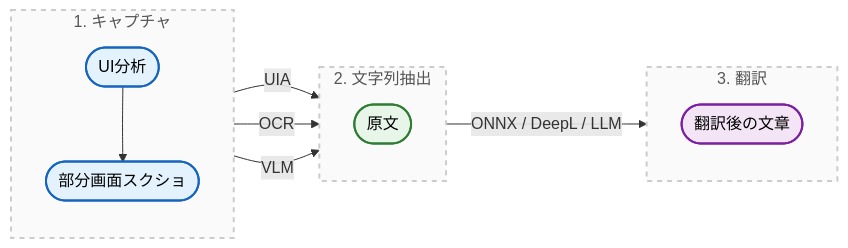
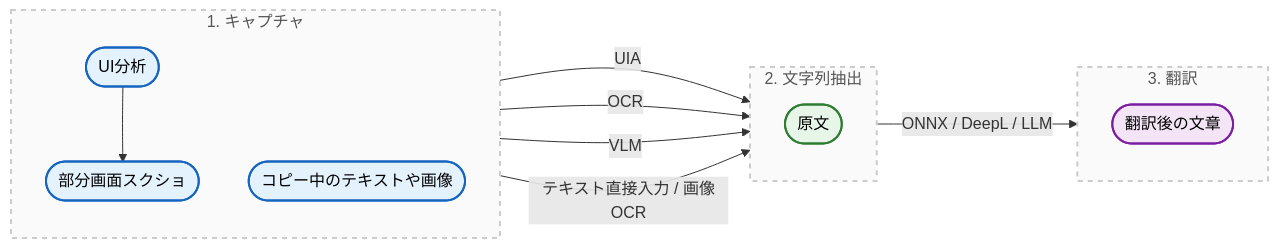
One commit to KotorinChunChun/FocusTranslator changed the first of 2 diagrams in README.md. Above: the diagram before and after it, drawn with Mermaid. The commit also changed other lines of this file and 7 other files, not shown here.

````diff
--- a/README.md
+++ b/README.md
@@ -47,41 +47,44 @@
 ```mermaid
 flowchart LR
     subgraph Capture [1. キャプチャ]
         direction TB
         UI([UI分析])
         Screen([部分画面スクショ])
+        Clipboard([コピー中のテキストや画像])
         UI --> Screen
     end
 
     subgraph Extraction [2. 文字列抽出]
         direction TB
         Text([原文])
     end
 
     subgraph TranslationGroup [3. 翻訳]
         direction TB
         Translation([翻訳後の文章])
     end
 
     %% フローの接続（抽出）
     UI -- UIA --> Text
     Screen -- OCR --> Text
     Screen -- VLM --> Text
+    Clipboard -- テキスト直接入力 / 画像OCR --> Text
 
     %% フローの接続（翻訳）
     Text -- ONNX / DeepL / LLM --> Translation
 
     %% スタイルの調整
     classDef capture fill:#e3f2fd,stroke:#1565c0,stroke-width:2px,color:#000;
     classDef extract fill:#e8f5e9,stroke:#2e7d32,stroke-width:2px,color:#000;
     classDef ai fill:#f3e5f5,stroke:#7b1fa2,stroke-width:2px,color:#000;
 
     class UI,Screen capture;
+    class Clipboard capture;
     class Text extract;
     class Translation ai;
 
     %% サブグラフの背景スタイル
     style Capture fill:#fafafa,stroke:#ccc,stroke-width:2px,stroke-dasharray: 5 5,color:#555
     style Extraction fill:#fafafa,stroke:#ccc,stroke-width:2px,stroke-dasharray: 5 5,color:#555
     style TranslationGroup fill:#fafafa,stroke:#ccc,stroke-width:2px,stroke-dasharray: 5 5,color:#555
 ```
````
